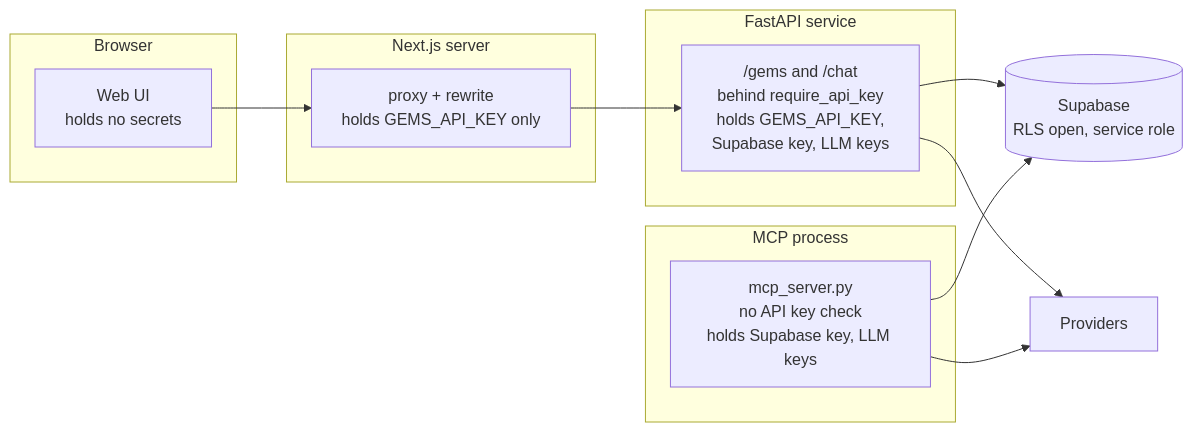
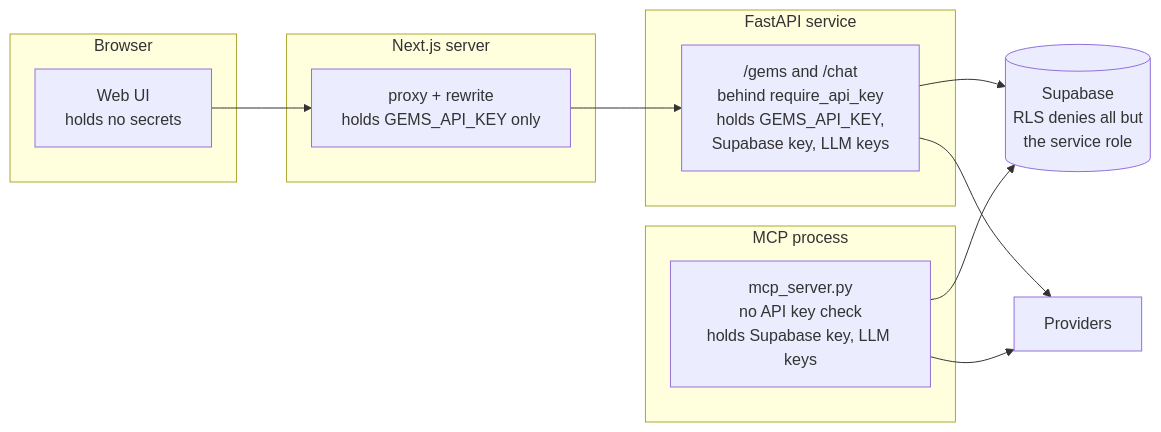
Before and after one commit to poyfather/gemsAPI: the eighth of 9 diagrams in ARCHITECTURE.md, drawn with Mermaid. The commit also changed other lines of this file and 11 other files, not shown here.

First line of the commit message:
Decide the access model: API key at the edge, service role only (ADR-006) (#33)

````diff
--- a/ARCHITECTURE.md
+++ b/ARCHITECTURE.md
@@ -270,22 +270,22 @@
 ```mermaid
 flowchart LR
     subgraph z1["Browser"]
         UI2["Web UI<br/>holds no secrets"]
     end
     subgraph z2["Next.js server"]
         MW2["proxy + rewrite<br/>holds GEMS_API_KEY only"]
     end
     subgraph z3["FastAPI service"]
         API2["/gems and /chat<br/>behind require_api_key<br/>holds GEMS_API_KEY,<br/>Supabase key, LLM keys"]
     end
     subgraph z4["MCP process"]
         MCP2["mcp_server.py<br/>no API key check<br/>holds Supabase key, LLM keys"]
     end
-    SUP2[("Supabase<br/>RLS open, service role")]
+    SUP2[("Supabase<br/>RLS denies all but<br/>the service role")]
     PROV["Providers"]
 
     UI2 --> MW2 --> API2 --> SUP2
     API2 --> PROV
     MCP2 --> SUP2
     MCP2 --> PROV
 ```
````
